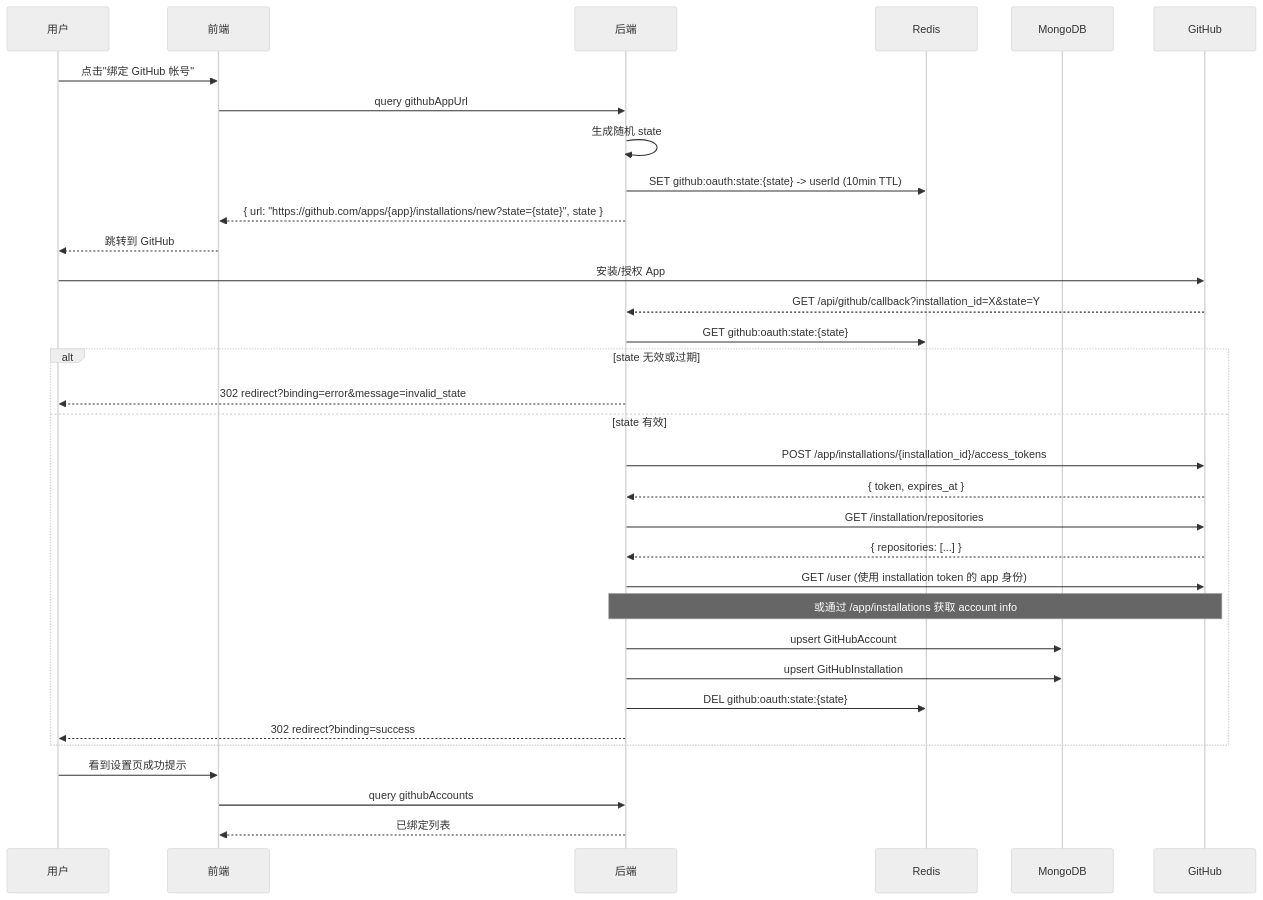
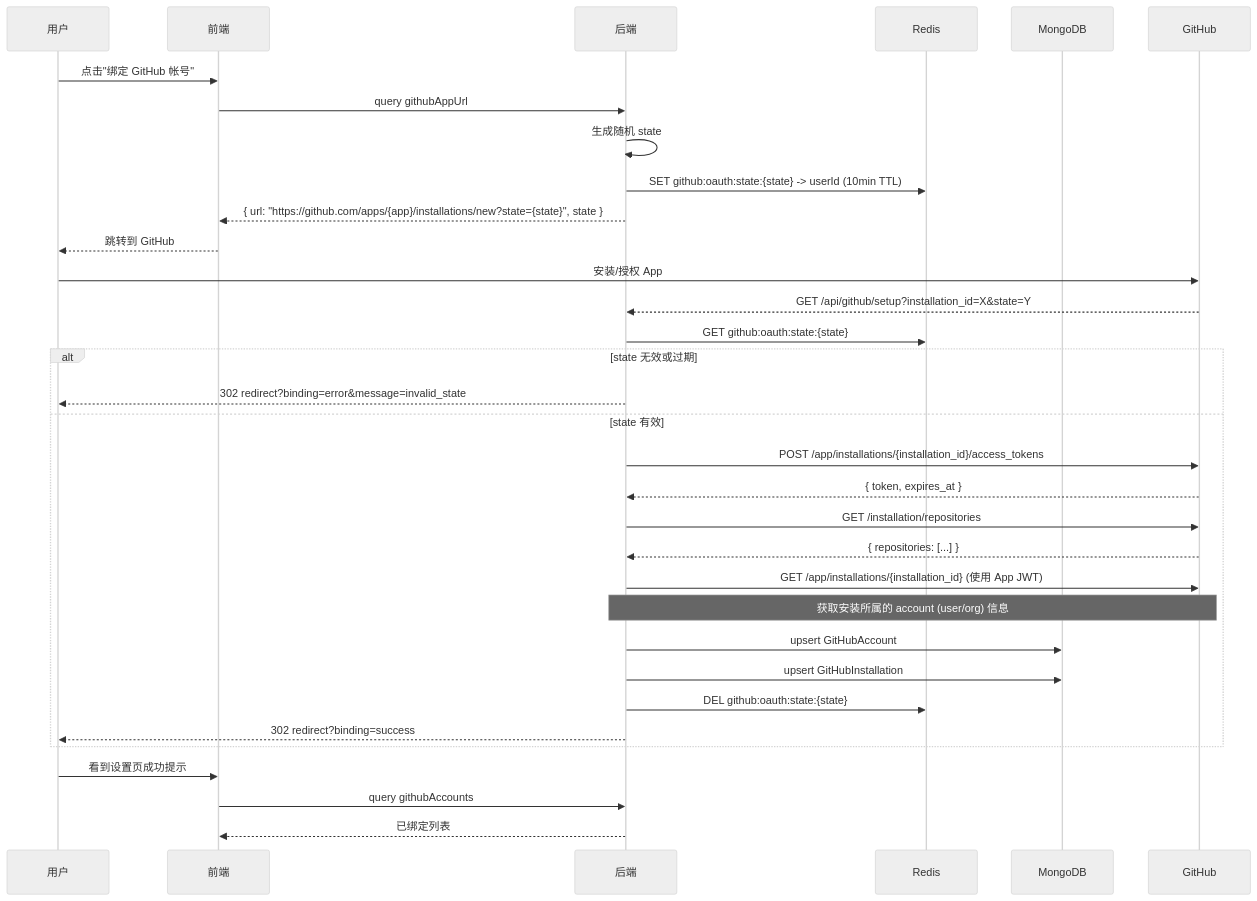
One commit to Deliay/z-agent-gear changed the third of 4 diagrams in docs/engineering/proposals/20260709-feat-github-account-binding.md. Above: the diagram before and after it, drawn with Mermaid (neutral theme). The commit also changed other lines of this file and 1 other file, not shown here.

First line of the commit message:
docs: sync proposal and plan with correct API endpoint and naming

````diff
--- a/docs/engineering/proposals/20260709-feat-github-account-binding.md
+++ b/docs/engineering/proposals/20260709-feat-github-account-binding.md
@@ -249,40 +249,40 @@
 ```mermaid
 sequenceDiagram
     participant U as 用户
     participant F as 前端
     participant B as 后端
     participant R as Redis
     participant D as MongoDB
     participant GH as GitHub
 
     U->>F: 点击"绑定 GitHub 帐号"
     F->>B: query githubAppUrl
     B->>B: 生成随机 state
     B->>R: SET github:oauth:state:{state} -> userId (10min TTL)
     B-->>F: { url: "https://github.com/apps/{app}/installations/new?state={state}", state }
     F-->>U: 跳转到 GitHub
 
     U->>GH: 安装/授权 App
-    GH-->>B: GET /api/github/callback?installation_id=X&state=Y
+    GH-->>B: GET /api/github/setup?installation_id=X&state=Y
 
     B->>R: GET github:oauth:state:{state}
     alt state 无效或过期
         B-->>U: 302 redirect?binding=error&message=invalid_state
     else state 有效
         B->>GH: POST /app/installations/{installation_id}/access_tokens
         GH-->>B: { token, expires_at }
         B->>GH: GET /installation/repositories
         GH-->>B: { repositories: [...] }
-        B->>GH: GET /user (使用 installation token 的 app 身份)
-        Note over B,GH: 或通过 /app/installations 获取 account info
+        B->>GH: GET /app/installations/{installation_id} (使用 App JWT)
+        Note over B,GH: 获取安装所属的 account (user/org) 信息
 
         B->>D: upsert GitHubAccount
         B->>D: upsert GitHubInstallation
         B->>R: DEL github:oauth:state:{state}
         B-->>U: 302 redirect?binding=success
     end
 
     U->>F: 看到设置页成功提示
     F->>B: query githubAccounts
     B-->>F: 已绑定列表
 ```
````
